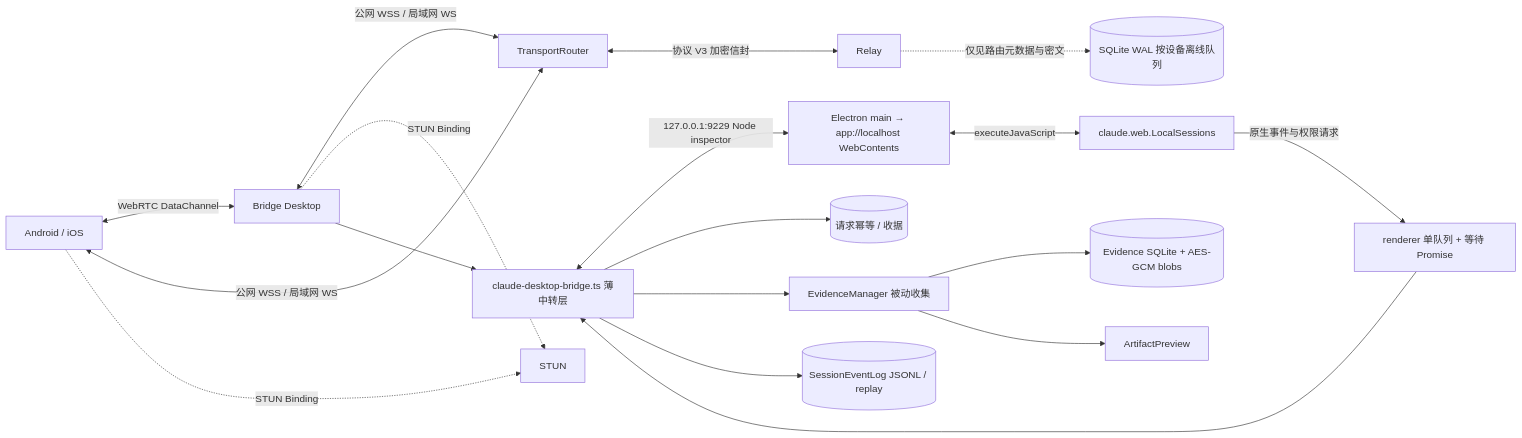
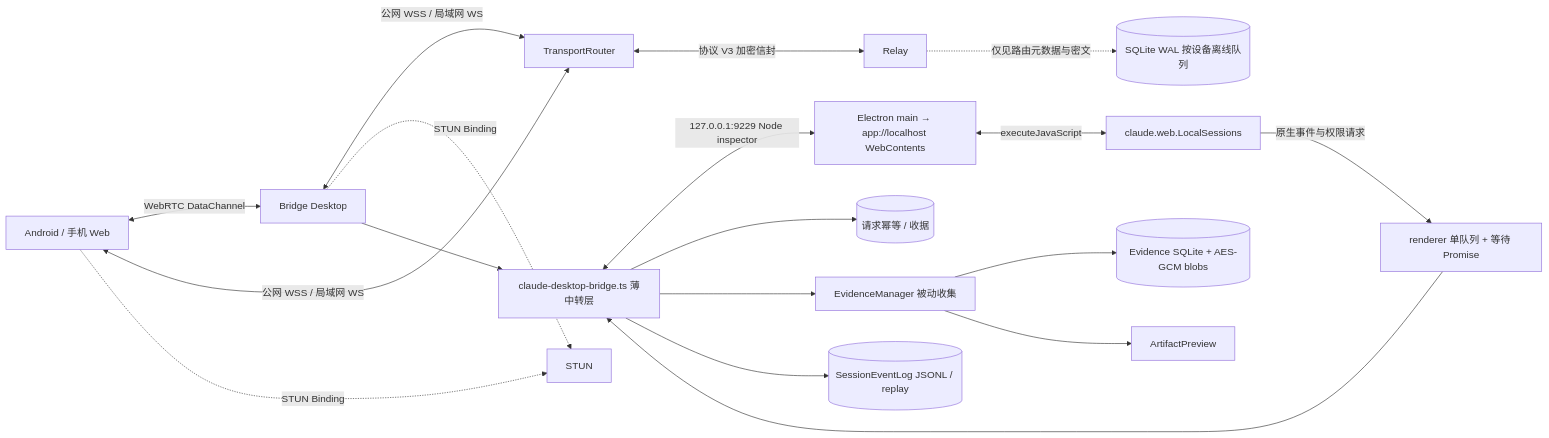
One commit to Lycidas97/claude-desktop-bridge changed the first of 3 diagrams in docs/ARCHITECTURE.md. Above: the diagram before and after it, drawn with Mermaid. The commit also changed other lines of this file and 67 other files, not shown here.

````diff
--- a/docs/ARCHITECTURE.md
+++ b/docs/ARCHITECTURE.md
@@ -12,20 +12,20 @@
 ```mermaid
 flowchart LR
-  M["Android / iOS"] <-->|"WebRTC DataChannel"| D["Bridge Desktop"]
+  M["Android / 手机 Web"] <-->|"WebRTC DataChannel"| D["Bridge Desktop"]
   M <-->|"公网 WSS / 局域网 WS"| T["TransportRouter"]
   D <-->|"公网 WSS / 局域网 WS"| T
   T <-->|"协议 V3 加密信封"| R["Relay"]
   M -.->|"STUN Binding"| S["STUN"]
   D -.->|"STUN Binding"| S
   D --> B["claude-desktop-bridge.ts 薄中转层"]
   B <-->|"127.0.0.1:9229 Node inspector"| I["Electron main → app://localhost WebContents"]
   I <-->|"executeJavaScript"| C["claude.web.LocalSessions"]
   C -->|"原生事件与权限请求"| EQ["renderer 单队列 + 等待 Promise"]
   EQ --> B
   B --> CS[("请求幂等 / 收据")]
   B --> EM["EvidenceManager 被动收集"]
   EM --> ES[("Evidence SQLite + AES-GCM blobs")]
   EM --> AP["ArtifactPreview"]
   B --> E[("SessionEventLog JSONL / replay")]
   R -. "仅见路由元数据与密文" .-> Q[("SQLite WAL 按设备离线队列")]
 ```
````
